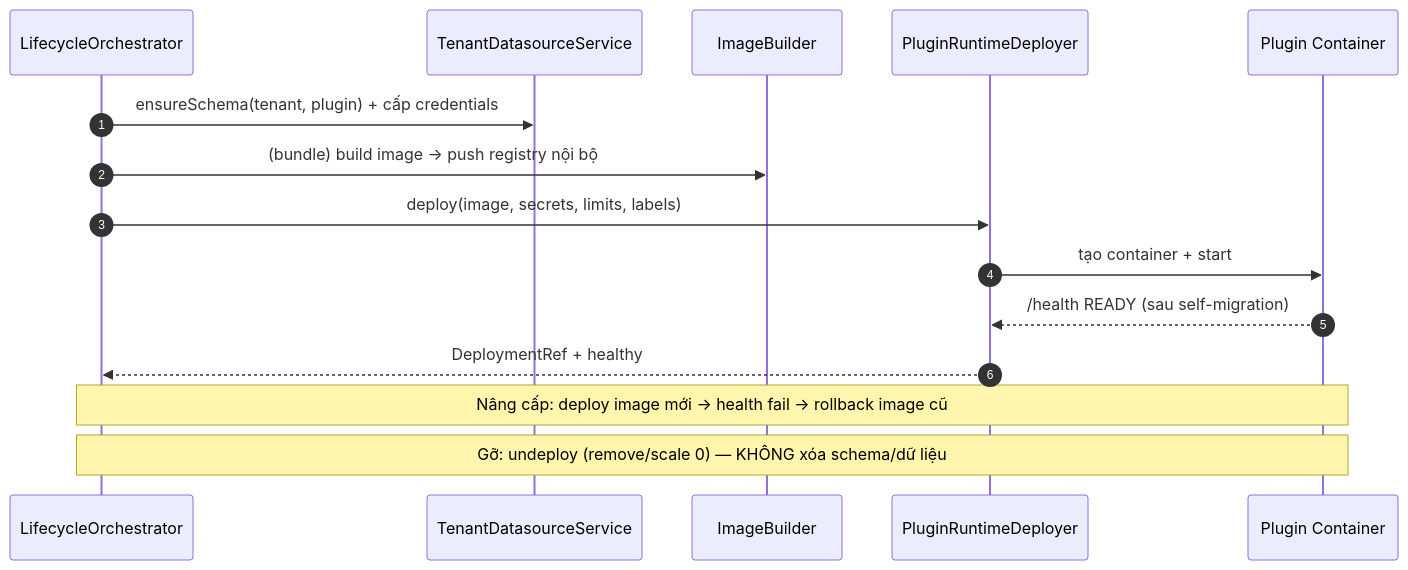
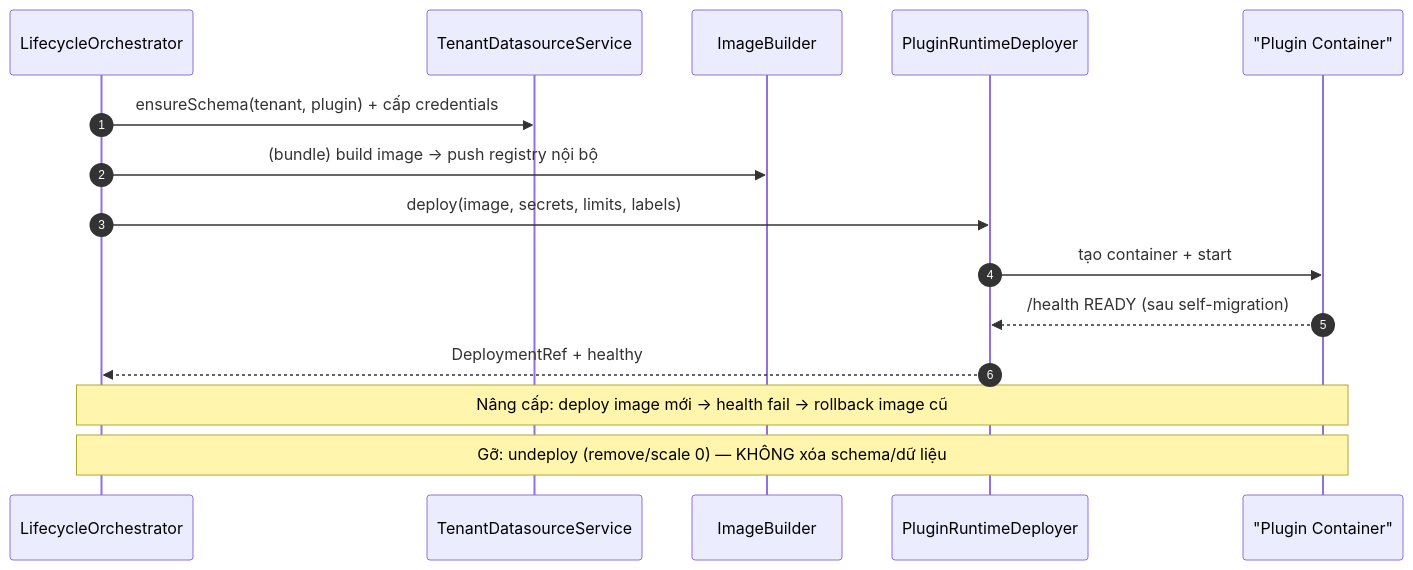
Before and after one commit to min3rd/open-erp: the second of 2 diagrams in docs/sprints/sprint_03_plugin_manager/05_solutions/SOL-02_plugin_distribution_runtime_and_isolation.md, drawn with Mermaid. The commit also changed other lines of this file and 3 other files, not shown here.

First line of the commit message:
fix(docs): correct mermaid syntax in sprint 03 diagrams

````diff
--- a/docs/sprints/sprint_03_plugin_manager/05_solutions/SOL-02_plugin_distribution_runtime_and_isolation.md
+++ b/docs/sprints/sprint_03_plugin_manager/05_solutions/SOL-02_plugin_distribution_runtime_and_isolation.md
@@ -119,17 +119,17 @@
 ```mermaid
 sequenceDiagram
     autonumber
     participant LC as LifecycleOrchestrator
     participant DS as TenantDatasourceService
     participant IB as ImageBuilder
     participant DP as PluginRuntimeDeployer
-    participant CT as Plugin Container
+    participant CT as "Plugin Container"
     LC->>DS: ensureSchema(tenant, plugin) + cấp credentials
     LC->>IB: (bundle) build image → push registry nội bộ
     LC->>DP: deploy(image, secrets, limits, labels)
     DP->>CT: tạo container + start
     CT-->>DP: /health READY (sau self-migration)
     DP-->>LC: DeploymentRef + healthy
     Note over LC,CT: Nâng cấp: deploy image mới → health fail → rollback image cũ
     Note over LC,CT: Gỡ: undeploy (remove/scale 0) — KHÔNG xóa schema/dữ liệu
 ```
````
